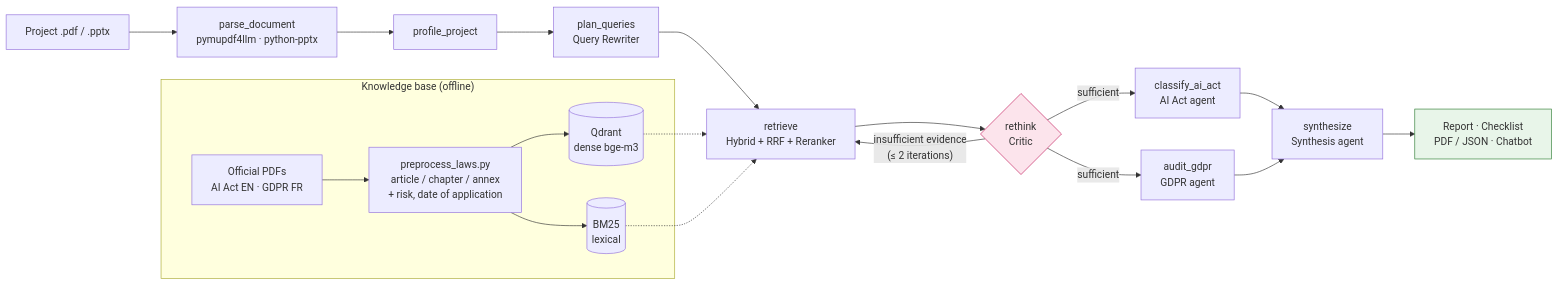
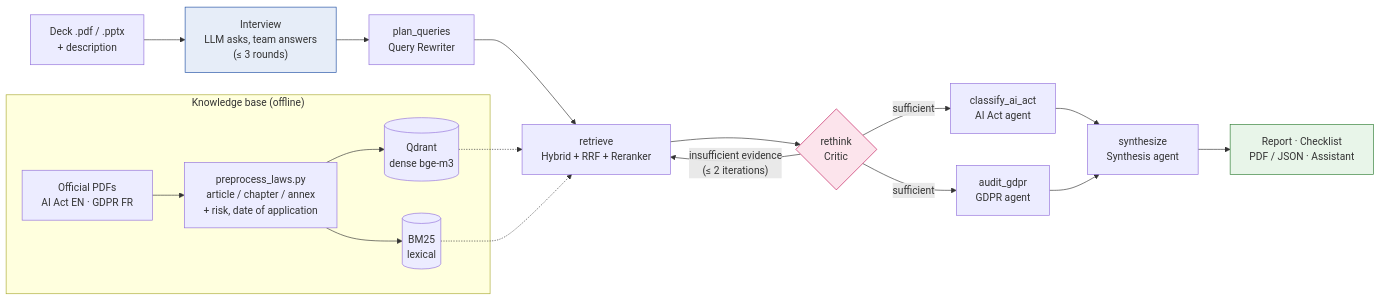
Before and after one commit to antoinerougier/Conformity: the diagram in README.md, drawn with Mermaid. The commit also changed other lines of this file and 75 other files, not shown here.

````diff
--- a/README.md
+++ b/README.md
@@ -58,25 +121,25 @@
 ```mermaid
 flowchart LR
     subgraph KB["Knowledge base (offline)"]
         PDF["Official PDFs<br/>AI Act EN · GDPR FR"] --> PRE["preprocess_laws.py<br/>article / chapter / annex<br/>+ risk, date of application"]
         PRE --> QD[("Qdrant<br/>dense bge-m3")]
         PRE --> BM[("BM25<br/>lexical")]
     end
 
-    UP["Project .pdf / .pptx"] --> PARSE["parse_document<br/>pymupdf4llm · python-pptx"]
-    PARSE --> PROF["profile_project"]
-    PROF --> RW["plan_queries<br/>Query Rewriter"]
+    UP["Deck .pdf / .pptx<br/>+ description"] --> INT["Interview<br/>LLM asks, team answers<br/>(≤ 3 rounds)"]
+    INT --> RW["plan_queries<br/>Query Rewriter"]
     RW --> RET["retrieve<br/>Hybrid + RRF + Reranker"]
     QD -.-> RET
     BM -.-> RET
     RET --> RT{"rethink<br/>Critic"}
     RT -- "insufficient evidence<br/>(≤ 2 iterations)" --> RET
     RT -- sufficient --> AI["classify_ai_act<br/>AI Act agent"]
     RT -- sufficient --> GD["audit_gdpr<br/>GDPR agent"]
     AI --> SY["synthesize<br/>Synthesis agent"]
     GD --> SY
-    SY --> REP["Report · Checklist<br/>PDF / JSON · Chatbot"]
+    SY --> REP["Report · Checklist<br/>PDF / JSON · Assistant"]
 
     style RT fill:#fce4ec,stroke:#c2185b
+    style INT fill:#e6edf8,stroke:#1f4fa3
     style REP fill:#e8f5e9,stroke:#2e7d32
 ```
````
